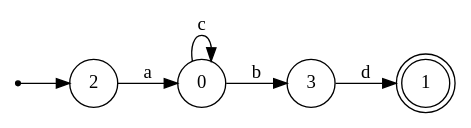
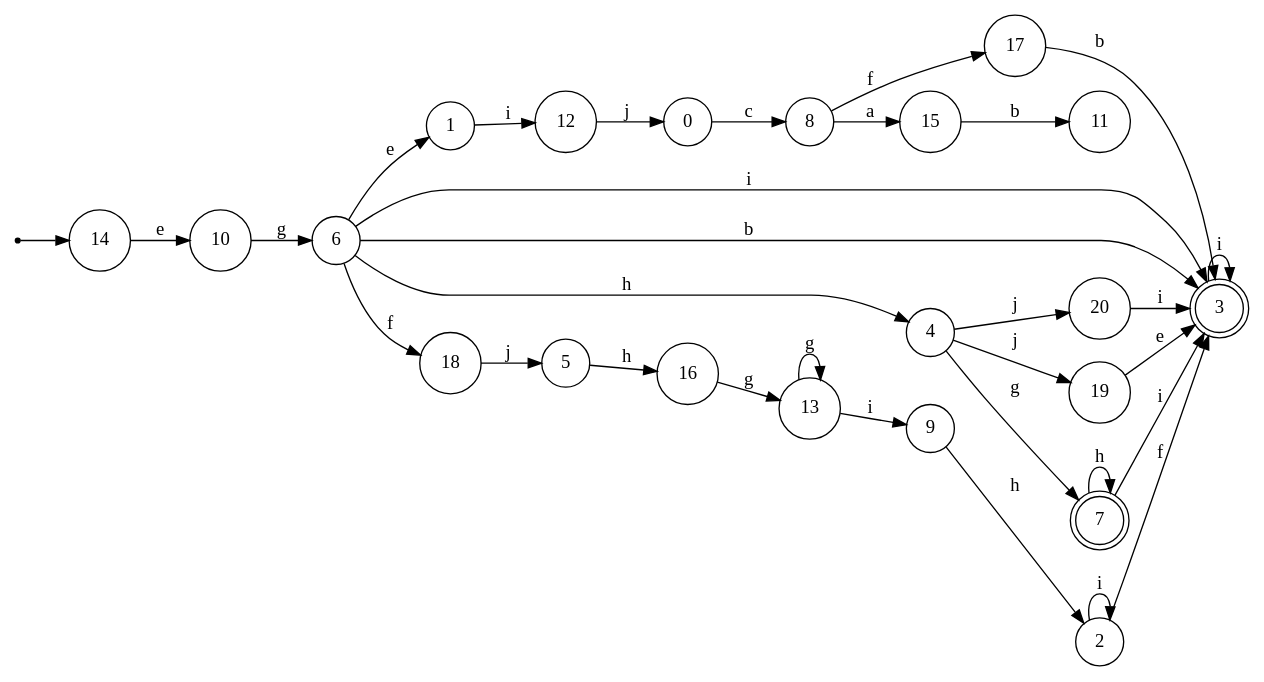
The diagram in minimized/right.gv (LeonardoDeFaveri/NFA-minimization), drawn with Graphviz before and after one commit. The commit also changed 17 other files, not shown here.

```diff
--- a/minimized/right.gv
+++ b/minimized/right.gv
@@ -1,14 +1,57 @@
 digraph {
 	rankdir = LR;
 	size = "30,20";
 	node [shape = point]; "dummy0"
-	node [shape = circle]; "2"
-	"dummy0" -> "2";
-	node [shape = doublecircle]; "1";
+	node [shape = circle]; "14"
+	"dummy0" -> "14";
+	node [shape = circle]; "1";
+	node [shape = circle]; "10";
+	node [shape = circle]; "6";
+	node [shape = circle]; "8";
+	node [shape = circle]; "13";
+	node [shape = circle]; "17";
+	node [shape = circle]; "15";
 	node [shape = circle]; "0";
-	node [shape = circle]; "3";
-	"3" -> "1" [label = "d"];
-	"0" -> "0" [label = "c"];
-	"0" -> "3" [label = "b"];
-	"2" -> "0" [label = "a"];
+	node [shape = circle]; "11";
+	node [shape = circle]; "2";
+	node [shape = doublecircle]; "3";
+	node [shape = circle]; "9";
+	node [shape = circle]; "4";
+	node [shape = circle]; "16";
+	node [shape = circle]; "18";
+	node [shape = circle]; "12";
+	node [shape = circle]; "20";
+	node [shape = circle]; "5";
+	node [shape = circle]; "19";
+	node [shape = doublecircle]; "7";
+	"20" -> "3" [label = "i"];
+	"0" -> "8" [label = "c"];
+	"13" -> "13" [label = "g"];
+	"13" -> "9" [label = "i"];
+	"8" -> "15" [label = "a"];
+	"8" -> "17" [label = "f"];
+	"19" -> "3" [label = "e"];
+	"6" -> "18" [label = "f"];
+	"6" -> "3" [label = "i"];
+	"6" -> "1" [label = "e"];
+	"6" -> "4" [label = "h"];
+	"6" -> "3" [label = "b"];
+	"10" -> "6" [label = "g"];
+	"9" -> "2" [label = "h"];
+	"18" -> "5" [label = "j"];
+	"15" -> "11" [label = "b"];
+	"5" -> "16" [label = "h"];
+	"14" -> "10" [label = "e"];
+	"7" -> "3" [label = "i"];
+	"7" -> "7" [label = "h"];
+	"12" -> "0" [label = "j"];
+	"17" -> "3" [label = "b"];
+	"1" -> "12" [label = "i"];
+	"16" -> "13" [label = "g"];
+	"2" -> "3" [label = "f"];
+	"2" -> "2" [label = "i"];
+	"3" -> "3" [label = "i"];
+	"4" -> "19" [label = "j"];
+	"4" -> "20" [label = "j"];
+	"4" -> "7" [label = "g"];
 }
```
